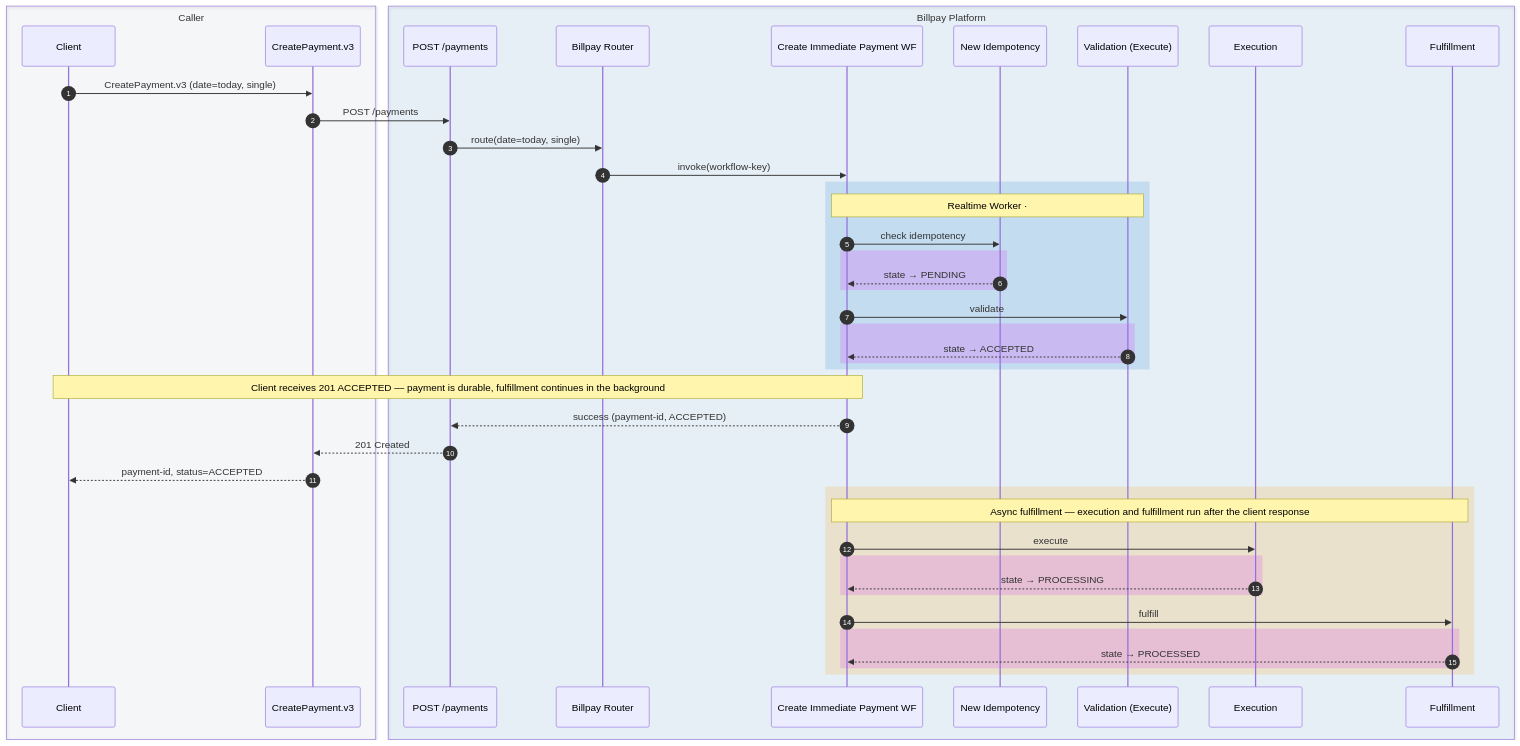
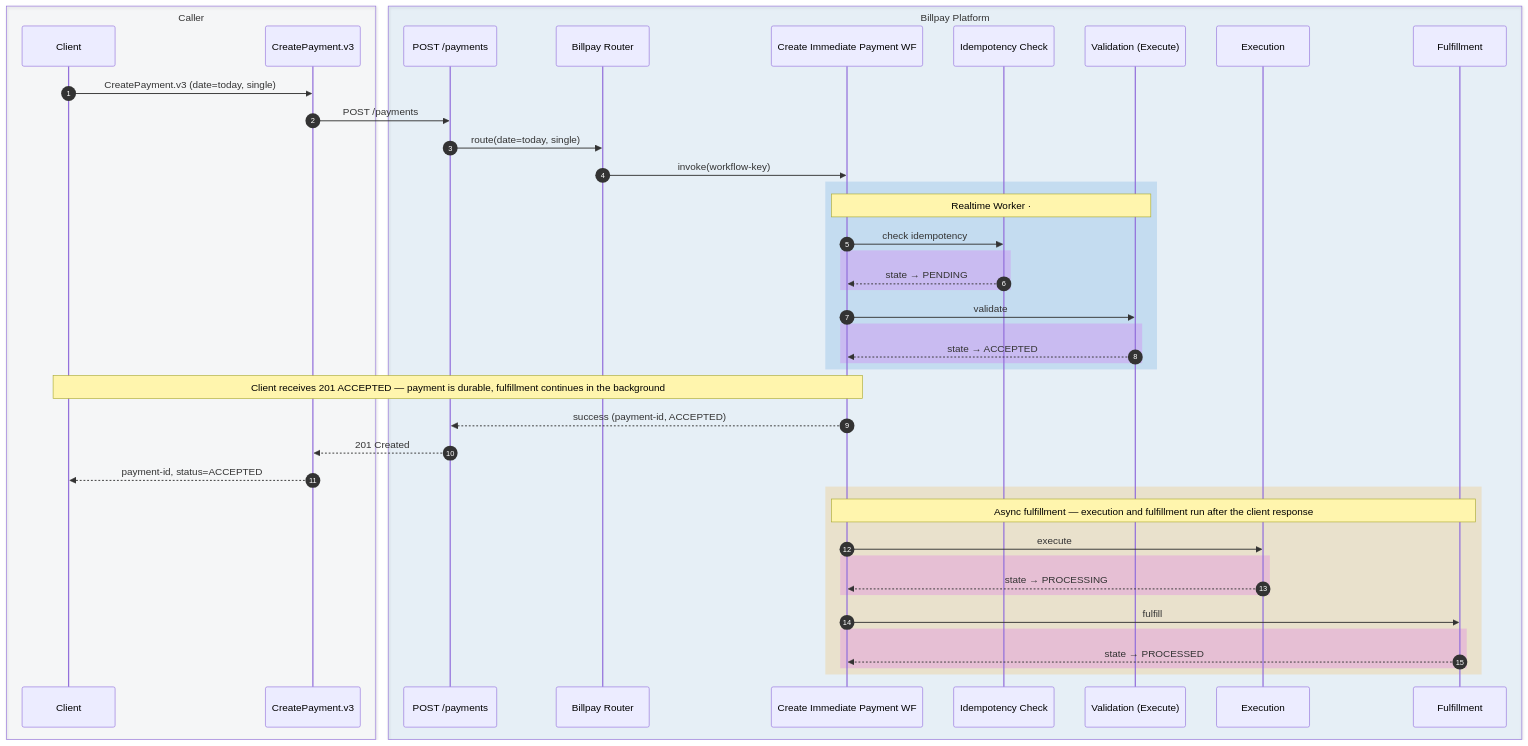
The first of 10 diagrams in docs/diagrams/sequence-diagrams.md (arunav-bhattacharya/billpay-docs), drawn with Mermaid before and after one commit. The commit also changed other lines of this file, not shown here.

First line of the commit message:
Consolidate New/Existing idempotency actors into single Idempotency Check

````diff
--- a/docs/diagrams/sequence-diagrams.md
+++ b/docs/diagrams/sequence-diagrams.md
@@ -33,53 +33,53 @@
 ```mermaid
 sequenceDiagram
   autonumber
 
   box rgba(148,163,184,0.06) Caller
     participant C as Client
     participant ODF as CreatePayment.v3
   end
 
   box rgba(0,111,207,0.08) Billpay Platform
     participant API as POST /payments
     participant R as Billpay Router
     participant WF as Create Immediate Payment WF
-    participant NPI as New Idempotency
+    participant IDEMP as Idempotency Check
     participant PVE as Validation (Execute)
     participant PEX as Execution
     participant PFL as Fulfillment
   end
 
   C->>ODF: CreatePayment.v3 (date=today, single)
   ODF->>API: POST /payments
   API->>R: route(date=today, single)
   R->>WF: invoke(workflow-key)
 
   rect rgba(0,111,207,0.15)
     Note over WF,PVE: Realtime Worker · #CreateImmediatePaymentWF — validates and accepts inline
-    WF->>NPI: check idempotency
+    WF->>IDEMP: check idempotency
     rect rgba(217,70,239,0.22)
-      NPI-->>WF: state → PENDING
+      IDEMP-->>WF: state → PENDING
     end
     WF->>PVE: validate
     rect rgba(217,70,239,0.22)
       PVE-->>WF: state → ACCEPTED
     end
   end
 
   Note over C,WF: Client receives 201 ACCEPTED — payment is durable, fulfillment continues in the background
   WF-->>API: success (payment-id, ACCEPTED)
   API-->>ODF: 201 Created
   ODF-->>C: payment-id, status=ACCEPTED
 
   rect rgba(245,158,11,0.18)
     Note over WF,PFL: Async fulfillment — execution and fulfillment run after the client response
     WF->>PEX: execute
     rect rgba(217,70,239,0.22)
       PEX-->>WF: state → PROCESSING
     end
     WF->>PFL: fulfill
     rect rgba(217,70,239,0.22)
       PFL-->>WF: state → PROCESSED
     end
   end
 ```
````
